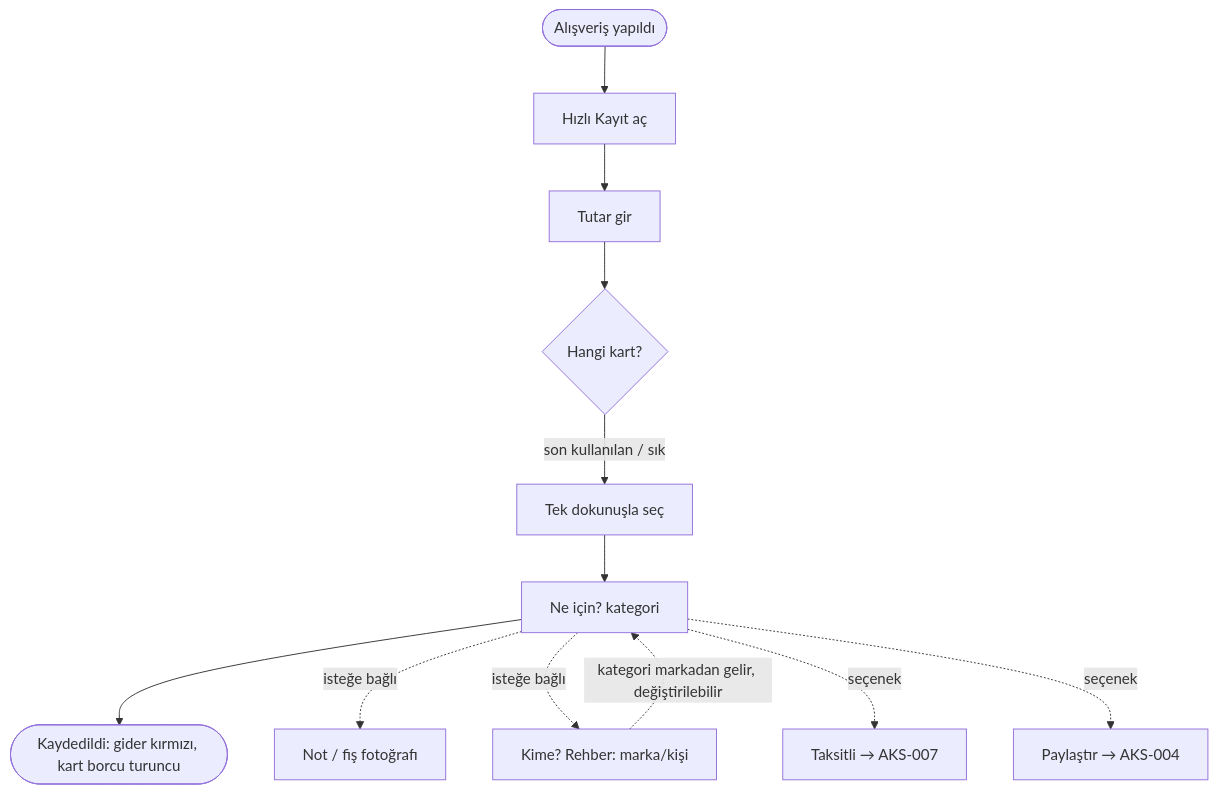
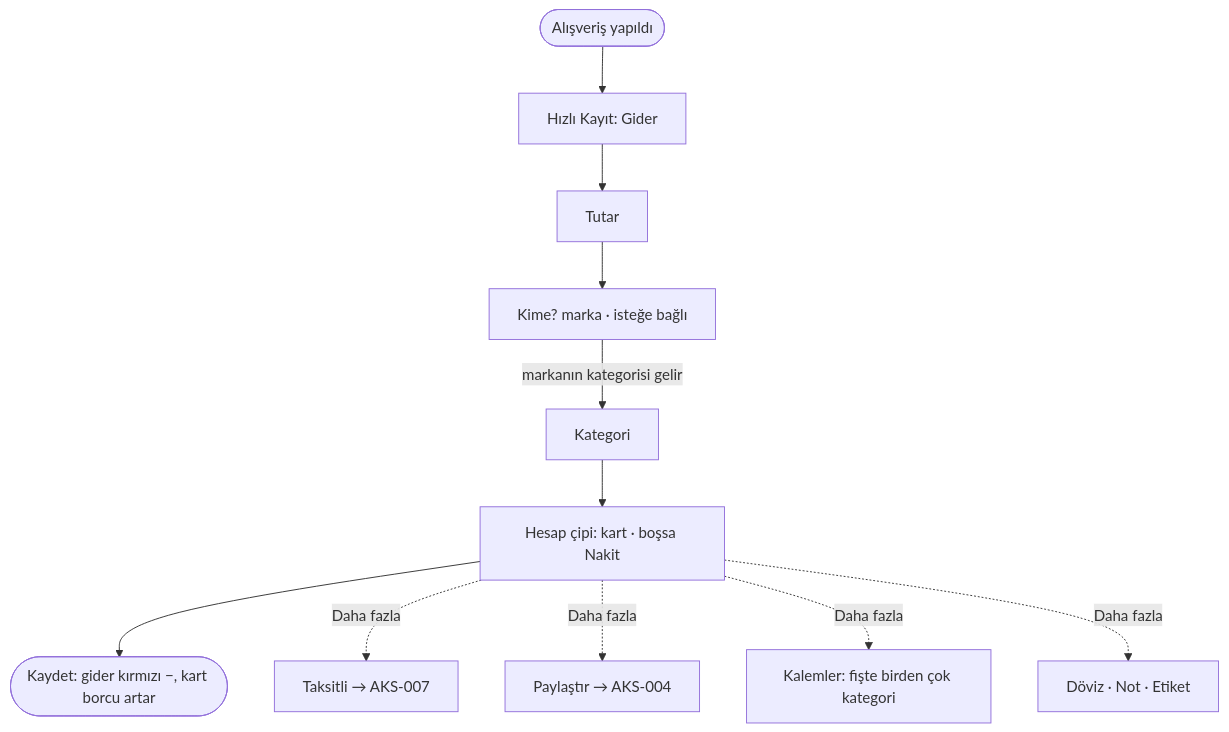
Before and after one commit to akderelianil/aa-finance: the diagram in docs/ux/akislar/AKS-001-kartla-alisveris.md, drawn with Mermaid. The commit also changed other lines of this file and 18 other files, not shown here.

````diff
--- a/docs/ux/akislar/AKS-001-kartla-alisveris.md
+++ b/docs/ux/akislar/AKS-001-kartla-alisveris.md
@@ -15,14 +15,13 @@
 ```mermaid
 flowchart TD
-  A([Alışveriş yapıldı]) --> B[Hızlı Kayıt aç]
-  B --> C[Tutar gir]
-  C --> D{Hangi kart?}
-  D -- son kullanılan / sık --> E[Tek dokunuşla seç]
-  E --> F[Ne için? kategori]
-  F --> G([Kaydedildi: gider kırmızı, kart borcu turuncu])
-  F -. isteğe bağlı .-> H[Not / fiş fotoğrafı]
-  F -. isteğe bağlı .-> I[Kime? Rehber: marka/kişi]
-  I -. kategori markadan gelir, değiştirilebilir .-> F
-  F -. seçenek .-> J[Taksitli → AKS-007]
-  F -. seçenek .-> K[Paylaştır → AKS-004]
+  A([Alışveriş yapıldı]) --> B[Hızlı Kayıt: Gider]
+  B --> C[Tutar]
+  C --> I[Kime? marka · isteğe bağlı]
+  I -- markanın kategorisi gelir --> F[Kategori]
+  F --> D[Hesap çipi: kart · boşsa Nakit]
+  D --> G([Kaydet: gider kırmızı −, kart borcu artar])
+  D -. Daha fazla .-> J[Taksitli → AKS-007]
+  D -. Daha fazla .-> K[Paylaştır → AKS-004]
+  D -. Daha fazla .-> L[Kalemler: fişte birden çok kategori]
+  D -. Daha fazla .-> M[Döviz · Not · Etiket]
 ```
````
